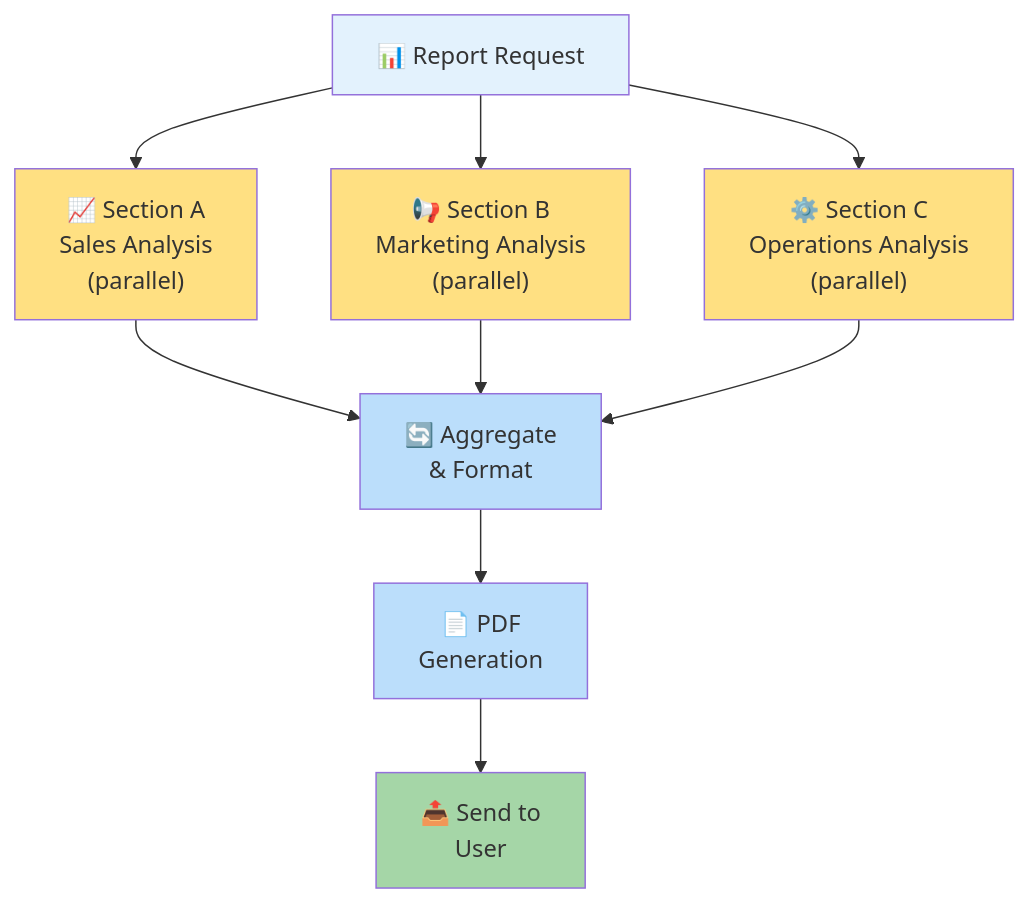
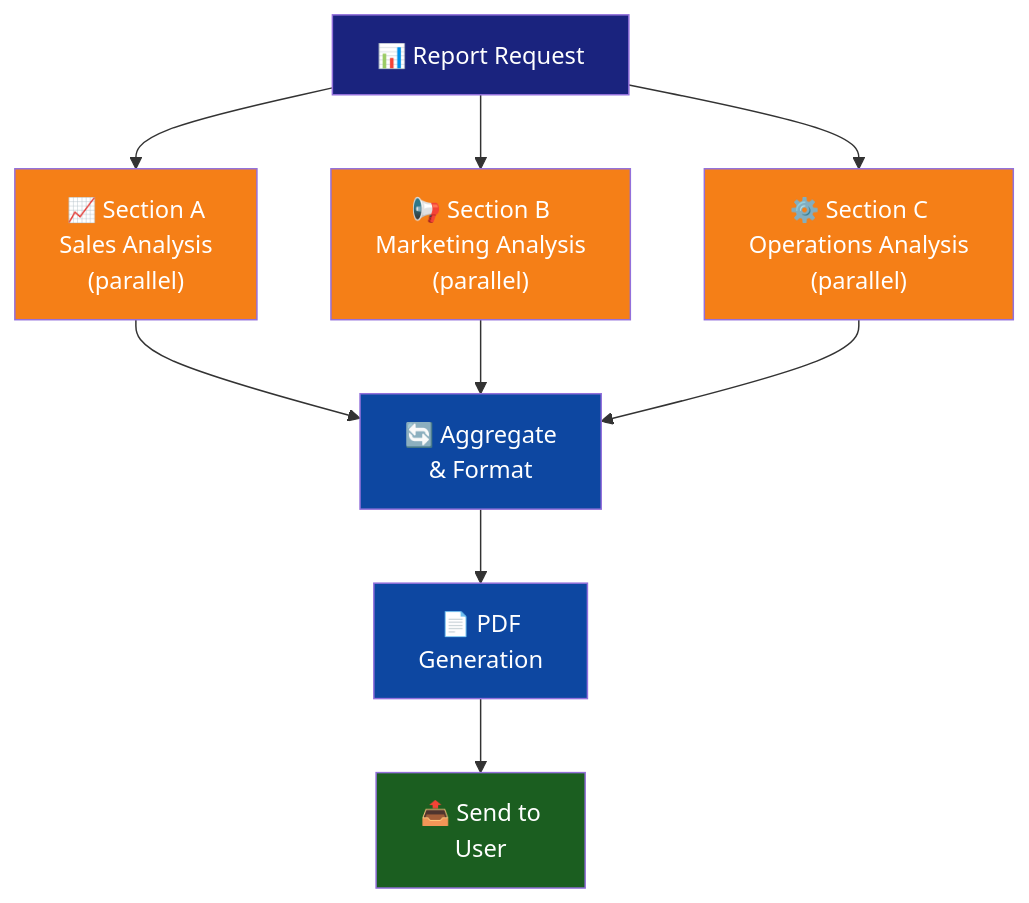
The seventh of 13 diagrams in README.md (Singularity-ng/singularity-workflows), drawn with Mermaid before and after one commit. The commit also changed other lines of this file, not shown here.

First line of the commit message:
Improve Mermaid diagram contrast for dark GitHub theme

````diff
--- a/README.md
+++ b/README.md
@@ -202,23 +202,23 @@
 ```mermaid
 graph TB
     A["📊 Report Request"]
 
     A --> B["📈 Section A<br/>Sales Analysis<br/>(parallel)"]
     A --> C["📢 Section B<br/>Marketing Analysis<br/>(parallel)"]
     A --> D["⚙️ Section C<br/>Operations Analysis<br/>(parallel)"]
 
     B --> E["🔄 Aggregate<br/>& Format"]
     C --> E
     D --> E
 
     E --> F["📄 PDF<br/>Generation"]
     F --> G["📤 Send to<br/>User"]
 
-    style A fill:#E3F2FD
-    style B fill:#FFE082
-    style C fill:#FFE082
-    style D fill:#FFE082
-    style E fill:#BBDEFB
-    style F fill:#BBDEFB
-    style G fill:#A5D6A7
+    style A fill:#1a237e,color:#fff
+    style B fill:#f57f17,color:#fff
+    style C fill:#f57f17,color:#fff
+    style D fill:#f57f17,color:#fff
+    style E fill:#0d47a1,color:#fff
+    style F fill:#0d47a1,color:#fff
+    style G fill:#1b5e20,color:#fff
 ```
````
